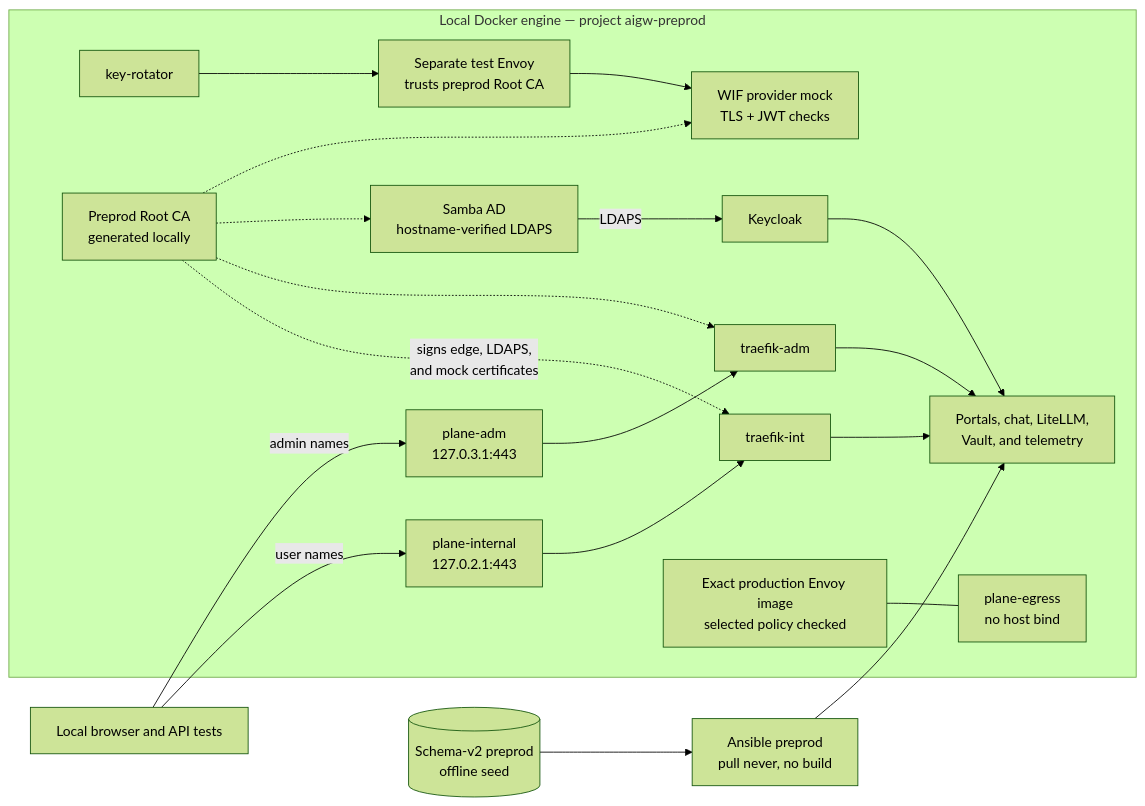
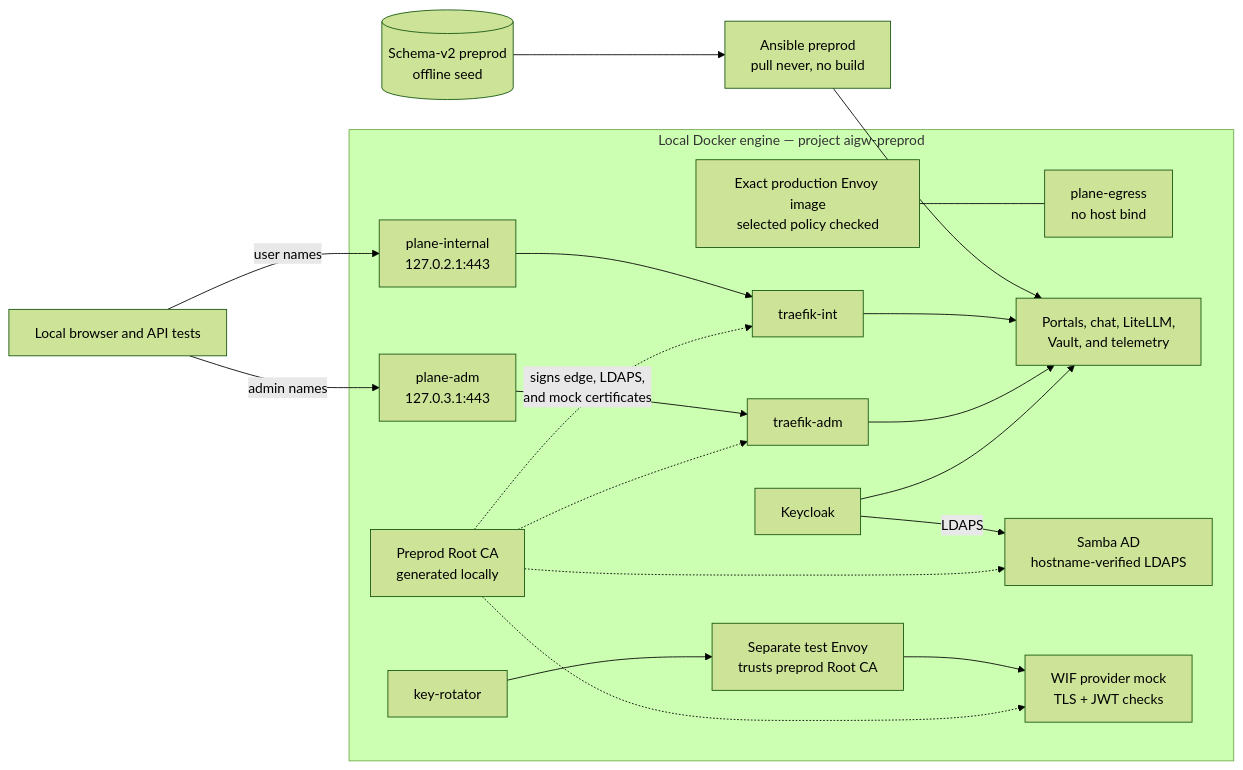
The second of 14 diagrams in docs/architecture-diagrams.md (derhornspieler/ai-gateway), drawn with Mermaid (forest theme) before and after one commit. The commit also changed other lines of this file, not shown here.

Commit message:
docs(diagrams): align all architecture flows

````diff
--- a/docs/architecture-diagrams.md
+++ b/docs/architecture-diagrams.md
@@ -79,33 +75,34 @@
 ```mermaid
 flowchart LR
   SEED[(Schema-v2 preprod<br/>offline seed)]
   ANS[Ansible preprod<br/>pull never, no build]
   CLIENT[Local browser and API tests]
 
   subgraph engine [Local Docker engine — project aigw-preprod]
     PNI[plane-internal<br/>127.0.2.1:443]
     PNA[plane-adm<br/>127.0.3.1:443]
     PNE[plane-egress<br/>no host bind]
     TI[traefik-int]
     TA[traefik-adm]
     APPS[Portals, chat, LiteLLM,<br/>Vault, and telemetry]
     KC[Keycloak]
     AD[Samba AD<br/>hostname-verified LDAPS]
     KR[key-rotator]
     WEV[Separate test Envoy<br/>trusts preprod Root CA]
     WIF[WIF provider mock<br/>TLS + JWT checks]
     EV[Exact production Envoy image<br/>selected policy checked]
     CA[Preprod Root CA<br/>generated locally]
   end
 
   SEED --> ANS --> APPS
   CLIENT -->|user names| PNI --> TI --> APPS
   CLIENT -->|admin names| PNA --> TA --> APPS
-  AD -->|LDAPS| KC --> APPS
+  KC -->|LDAPS| AD
+  KC --> APPS
   KR --> WEV --> WIF
   EV --- PNE
   CA -.signs edge, LDAPS,<br/>and mock certificates.-> TI
   CA -.-> TA
   CA -.-> AD
   CA -.-> WIF
 ```
````
